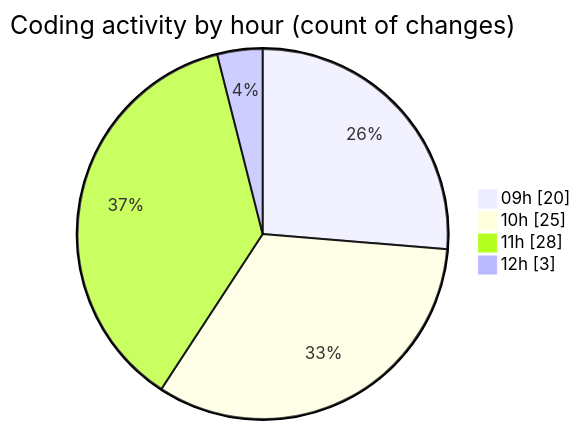
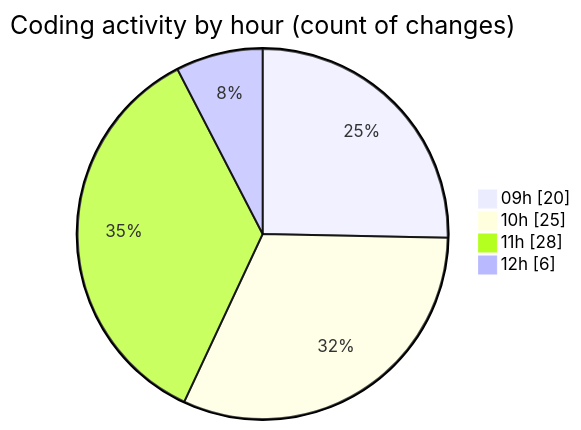
Before and after one commit to momahboobian/code-tracking: the second of 2 diagrams in 2026-05-13/cda/README.md, drawn with Mermaid. The commit also changed other lines of this file and 1 other file, not shown here.

````diff
--- a/2026-05-13/cda/README.md
+++ b/2026-05-13/cda/README.md
@@ -34,8 +34,8 @@
 ```mermaid
 pie showData
 title Coding activity by hour (count of changes)
 "09h" : 20
 "10h" : 25
 "11h" : 28
-"12h" : 3
+"12h" : 6
 ```
````
